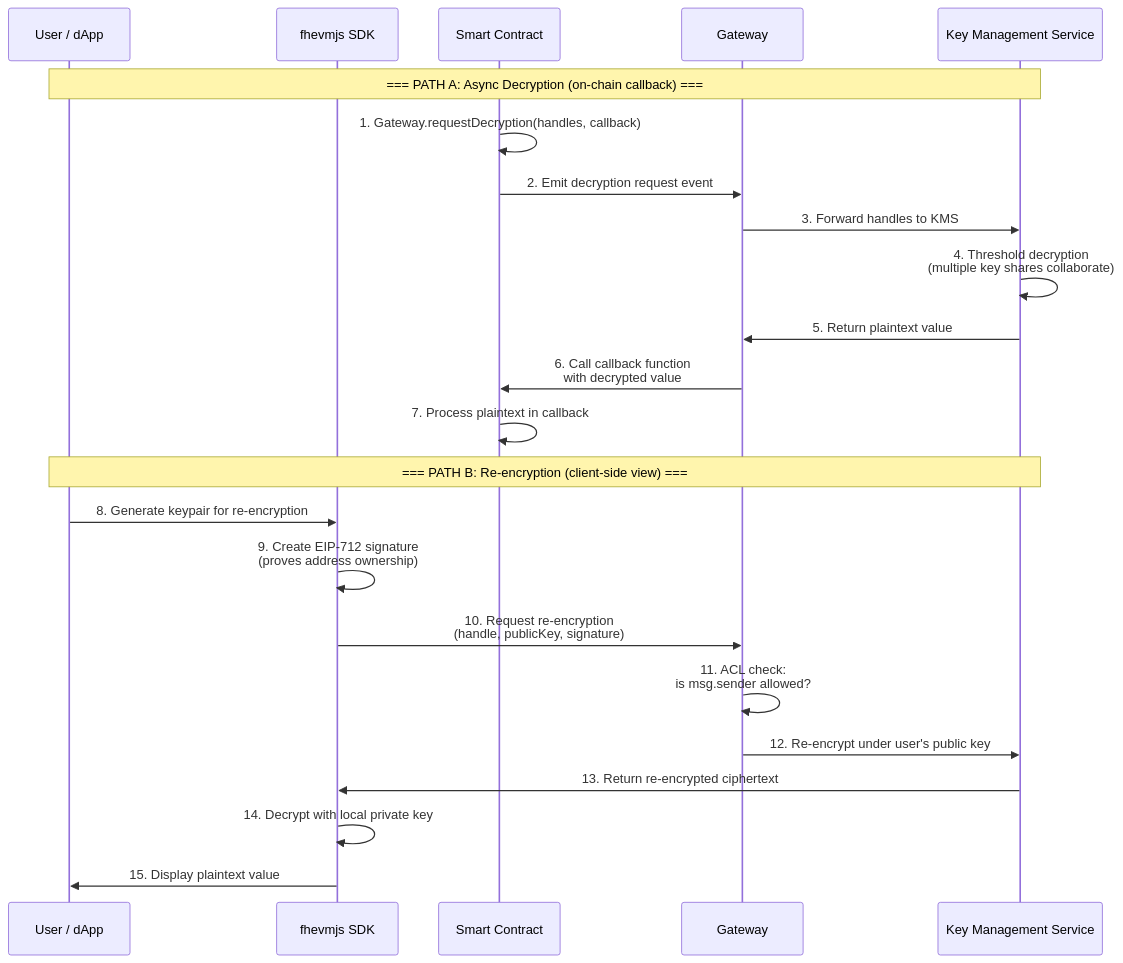
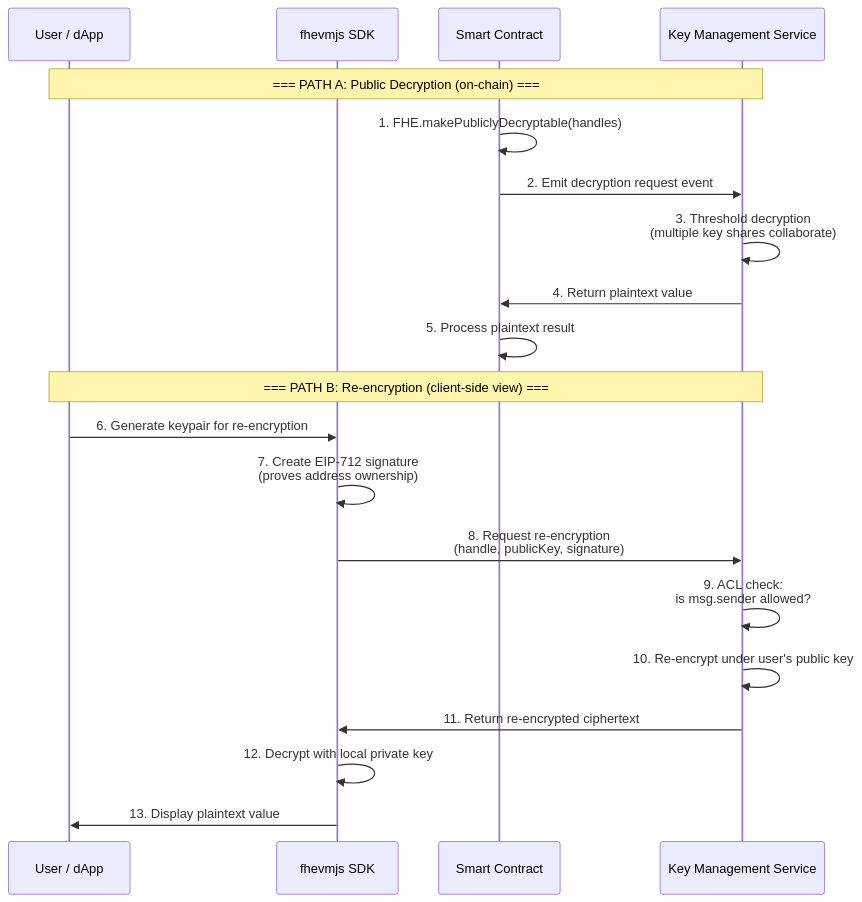
One commit to Himess/fhevm-bootcamp changed the third of 3 diagrams in diagrams/encryption-flow.md. Above: the diagram before and after it, drawn with Mermaid. The commit also changed 33 other files, not shown here.

````diff
--- a/diagrams/encryption-flow.md
+++ b/diagrams/encryption-flow.md
@@ -88,29 +88,26 @@
 ```mermaid
 sequenceDiagram
     participant User as User / dApp
     participant SDK as fhevmjs SDK
     participant Contract as Smart Contract
-    participant GW as Gateway
     participant KMS as Key Management Service
 
-    Note over User,KMS: === PATH A: Async Decryption (on-chain callback) ===
+    Note over User,KMS: === PATH A: Public Decryption (on-chain) ===
 
-    Contract->>Contract: 1. Gateway.requestDecryption(handles, callback)
-    Contract->>GW: 2. Emit decryption request event
-    GW->>KMS: 3. Forward handles to KMS
-    KMS->>KMS: 4. Threshold decryption<br/>(multiple key shares collaborate)
-    KMS->>GW: 5. Return plaintext value
-    GW->>Contract: 6. Call callback function<br/>with decrypted value
-    Contract->>Contract: 7. Process plaintext in callback
+    Contract->>Contract: 1. FHE.makePubliclyDecryptable(handles)
+    Contract->>KMS: 2. Emit decryption request event
+    KMS->>KMS: 3. Threshold decryption<br/>(multiple key shares collaborate)
+    KMS->>Contract: 4. Return plaintext value
+    Contract->>Contract: 5. Process plaintext result
 
     Note over User,KMS: === PATH B: Re-encryption (client-side view) ===
 
-    User->>SDK: 8. Generate keypair for re-encryption
-    SDK->>SDK: 9. Create EIP-712 signature<br/>(proves address ownership)
-    SDK->>GW: 10. Request re-encryption<br/>(handle, publicKey, signature)
-    GW->>GW: 11. ACL check:<br/>is msg.sender allowed?
-    GW->>KMS: 12. Re-encrypt under user's public key
-    KMS->>SDK: 13. Return re-encrypted ciphertext
-    SDK->>SDK: 14. Decrypt with local private key
-    SDK->>User: 15. Display plaintext value
+    User->>SDK: 6. Generate keypair for re-encryption
+    SDK->>SDK: 7. Create EIP-712 signature<br/>(proves address ownership)
+    SDK->>KMS: 8. Request re-encryption<br/>(handle, publicKey, signature)
+    KMS->>KMS: 9. ACL check:<br/>is msg.sender allowed?
+    KMS->>KMS: 10. Re-encrypt under user's public key
+    KMS->>SDK: 11. Return re-encrypted ciphertext
+    SDK->>SDK: 12. Decrypt with local private key
+    SDK->>User: 13. Display plaintext value
 ```
````
